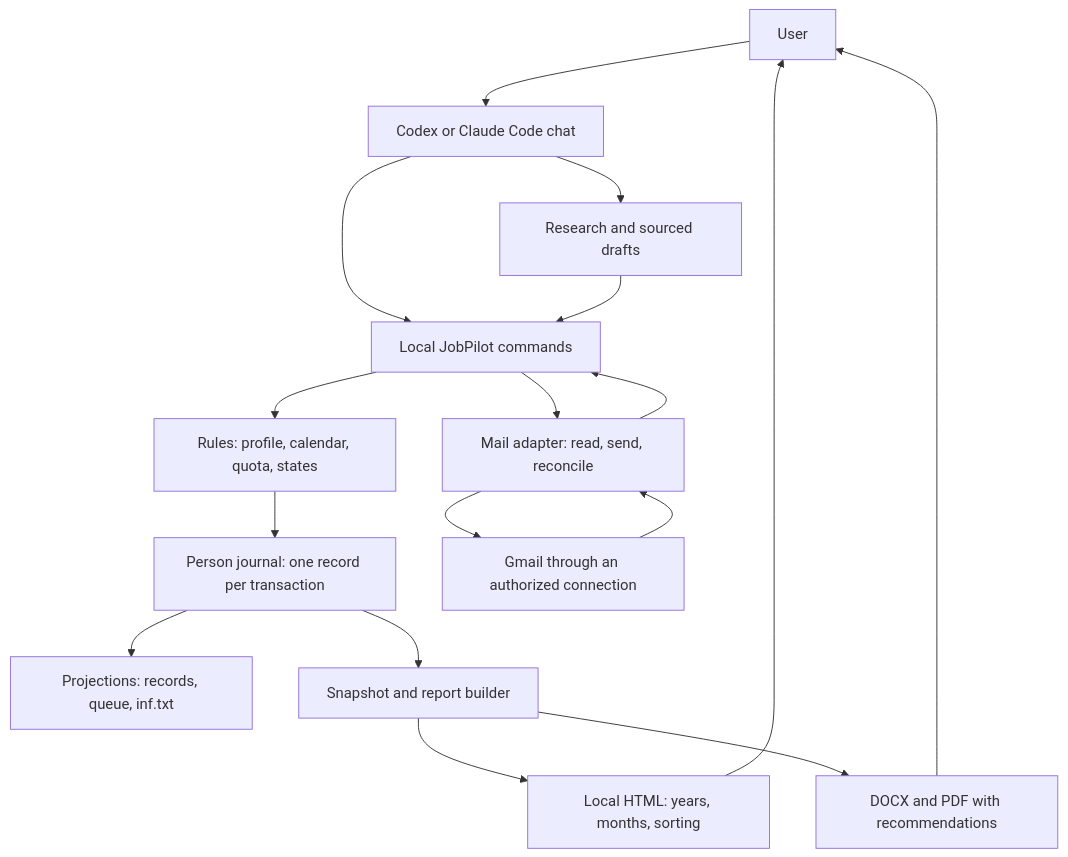
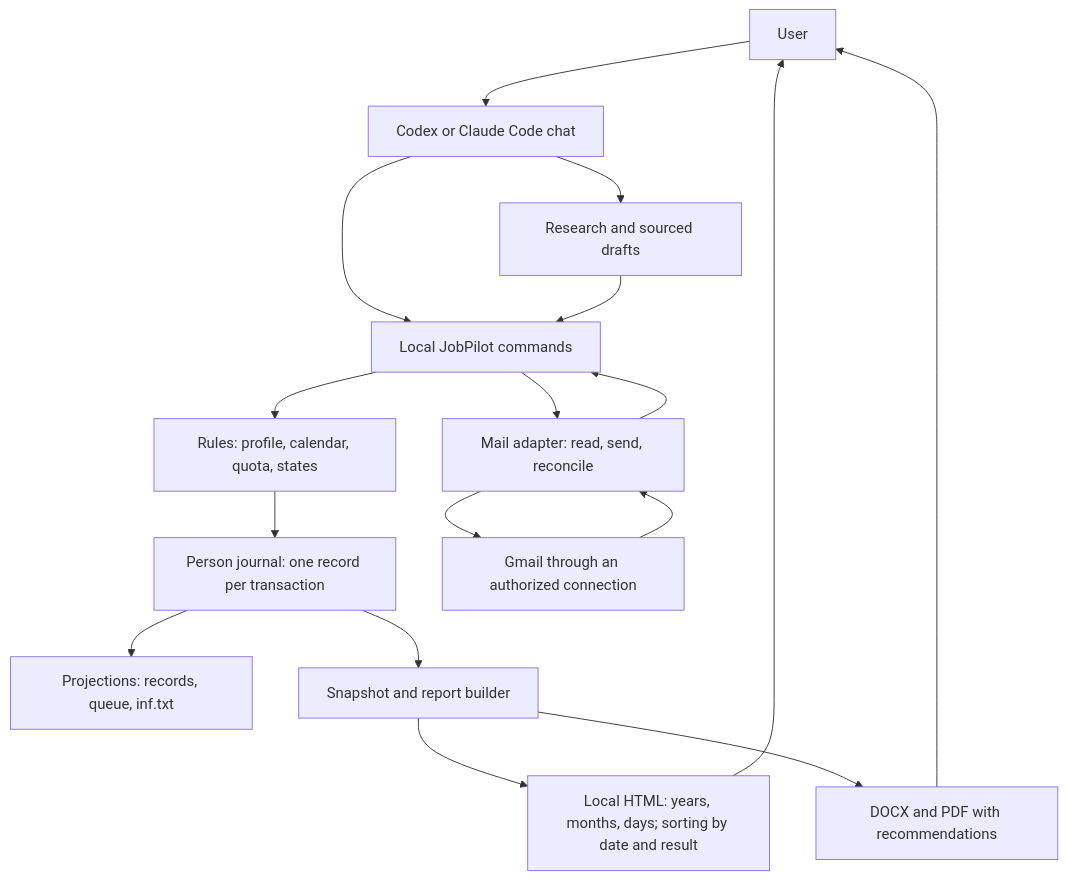
One commit to HomenSAI/homensai-jobpilot changed the diagram in ARCHITECTURE.md. Above: the diagram before and after it, drawn with Mermaid. The commit also changed other lines of this file and 7 other files, not shown here.

````diff
--- a/ARCHITECTURE.md
+++ b/ARCHITECTURE.md
@@ -15,19 +15,19 @@
 ```mermaid
 flowchart TD
     U[User] --> A[Codex or Claude Code chat]
     A --> C[Local JobPilot commands]
     A --> R[Research and sourced drafts]
     R --> C
     C --> D[Rules: profile, calendar, quota, states]
     D --> J[Person journal: one record per transaction]
     J --> P[Projections: records, queue, inf.txt]
     C --> M[Mail adapter: read, send, reconcile]
     M --> G[Gmail through an authorized connection]
     G --> M
     M --> C
     J --> B[Snapshot and report builder]
-    B --> H[Local HTML: years, months, sorting]
+    B --> H[Local HTML: years, months, days; sorting by date and result]
     B --> F[DOCX and PDF with recommendations]
     H --> U
     F --> U
 ```
````
